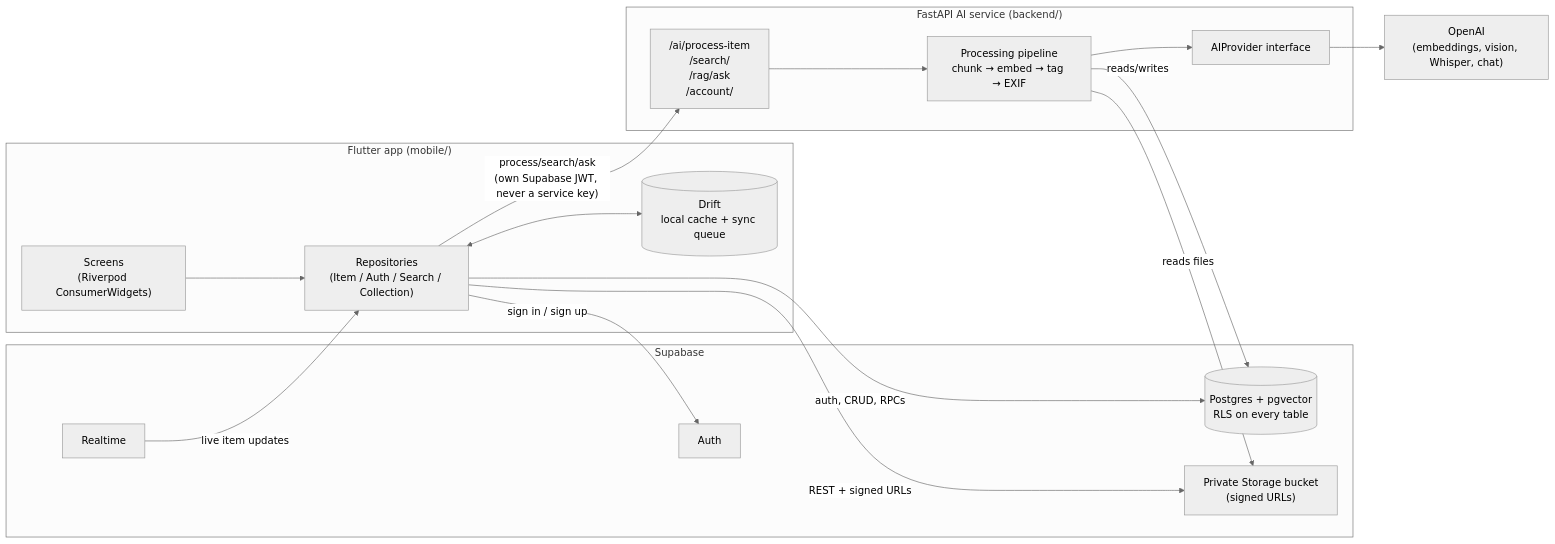
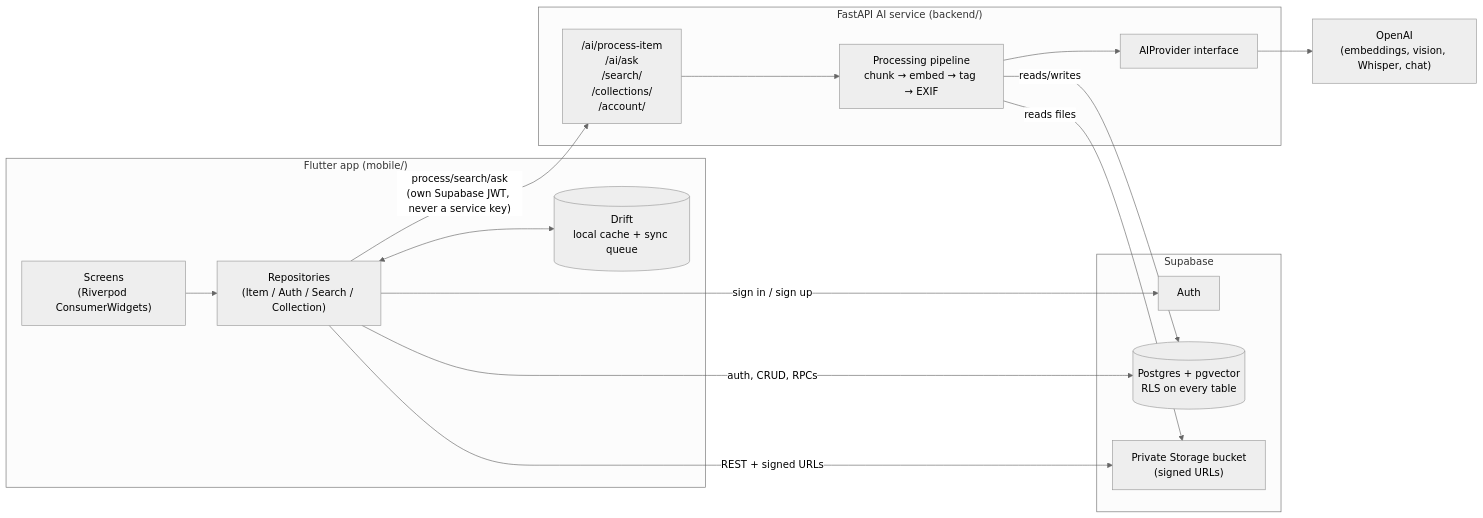
The diagram in README.md (seraydundar/LifeSearch), drawn with Mermaid (neutral theme) before and after one commit. The commit also changed other lines of this file, not shown here.

````diff
--- a/README.md
+++ b/README.md
@@ -44,35 +48,33 @@
 ```mermaid
 flowchart LR
     subgraph Mobile["Flutter app (mobile/)"]
         UI["Screens\n(Riverpod ConsumerWidgets)"]
         Repo["Repositories\n(Item / Auth / Search / Collection)"]
         Drift[("Drift\nlocal cache + sync queue")]
         UI --> Repo
         Repo <--> Drift
     end
 
     subgraph Supabase["Supabase"]
         Auth["Auth"]
         PG[("Postgres + pgvector\nRLS on every table")]
         Storage["Private Storage bucket\n(signed URLs)"]
-        Realtime["Realtime"]
     end
 
     subgraph Backend["FastAPI AI service (backend/)"]
-        API["/ai/process-item\n/search/\n/rag/ask\n/account/"]
+        API["/ai/process-item\n/ai/ask\n/search/\n/collections/\n/account/"]
         Pipeline["Processing pipeline\nchunk → embed → tag → EXIF"]
         Provider["AIProvider interface"]
         API --> Pipeline --> Provider
     end
 
     AI["OpenAI\n(embeddings, vision, Whisper, chat)"]
 
     Repo -- "REST + signed URLs" --> Storage
     Repo -- "auth, CRUD, RPCs" --> PG
     Repo -- "sign in / sign up" --> Auth
-    Realtime -- "live item updates" --> Repo
     Repo -- "process/search/ask\n(own Supabase JWT, never a service key)" --> API
     Pipeline -- "reads/writes" --> PG
     Pipeline -- "reads files" --> Storage
     Provider --> AI
 ```
````
